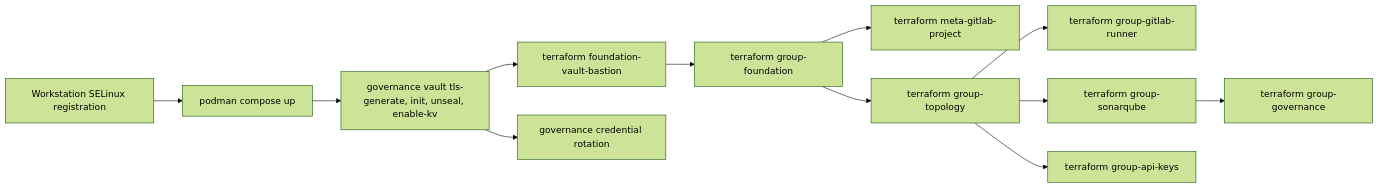
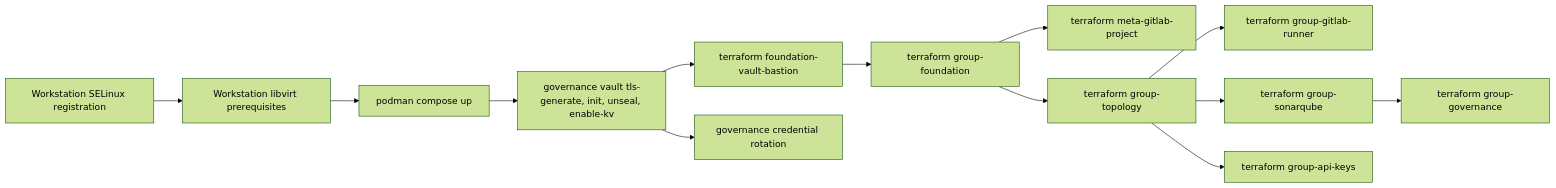
The diagram in README.md (csning1998/parent-group-governance), drawn with Mermaid (forest theme) before and after one commit. The commit also changed other lines of this file and 24 other files, not shown here.

````diff
--- a/README.md
+++ b/README.md
@@ -38,14 +39,15 @@
 ```mermaid
 flowchart LR
-    SELinux["Workstation SELinux registration"] --> Compose["podman compose up"]
+    SELinux["Workstation SELinux registration"] --> Libvirt["Workstation libvirt prerequisites"]
+    Libvirt --> Compose["podman compose up"]
     Compose --> VaultLifecycle["governance vault tls-generate, init, unseal, enable-kv"]
     VaultLifecycle --> Foundation["terraform foundation-vault-bastion"]
     Foundation --> GroupFoundation["terraform group-foundation"]
     GroupFoundation --> Project["terraform meta-gitlab-project"]
     GroupFoundation --> Topology["terraform group-topology"]
     Topology --> Runner["terraform group-gitlab-runner"]
     Topology --> Sonar["terraform group-sonarqube"]
     Sonar --> Governance["terraform group-governance"]
     Topology --> ApiKeys["terraform group-api-keys"]
     VaultLifecycle --> Rotate["governance credential rotation"]
 ```
````
